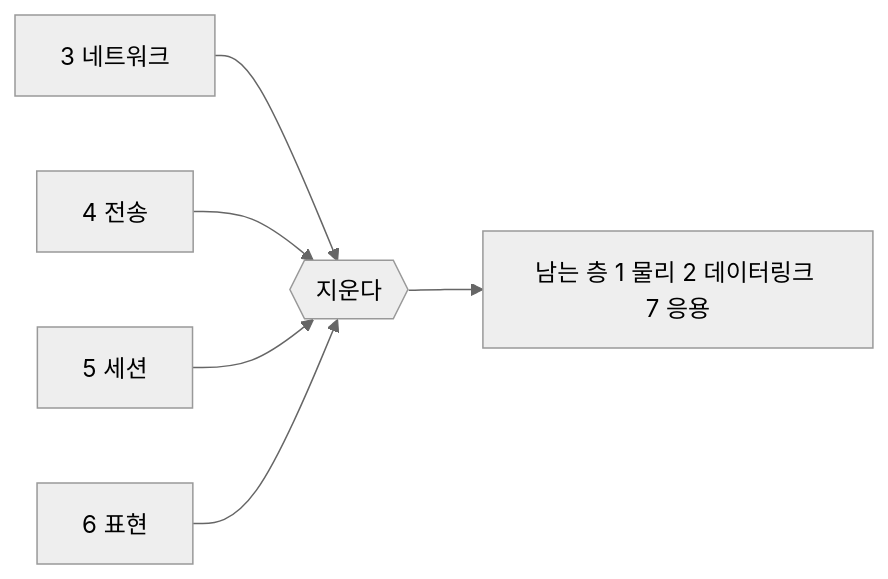
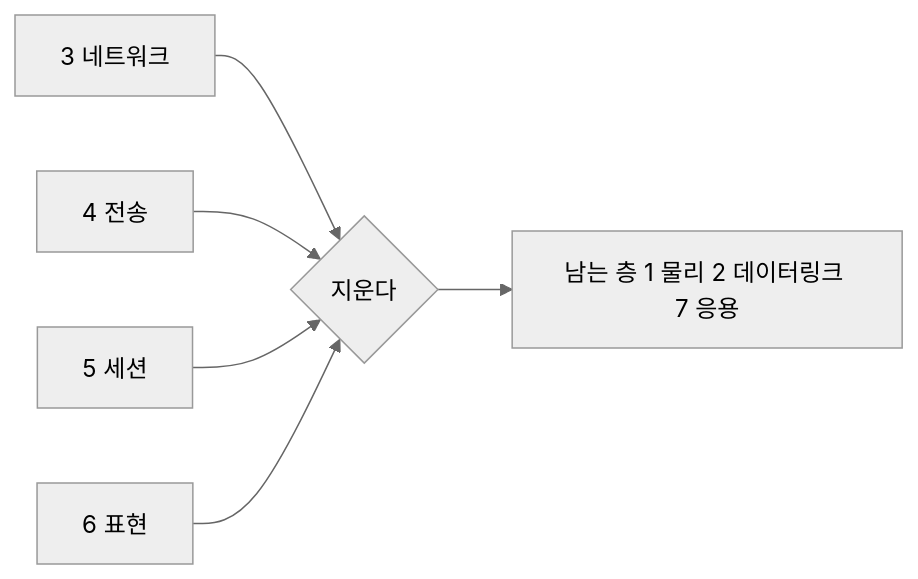
One commit to genie4youu/genie4youu.github.io changed the diagram in _posts/comm-basics/2026-08-06-02-basics-layers-osi-fieldbus.md. Above: the diagram before and after it, drawn with Mermaid (neutral theme). The commit also changed 3 other files, not shown here.

````diff
--- a/_posts/comm-basics/2026-08-06-02-basics-layers-osi-fieldbus.md
+++ b/_posts/comm-basics/2026-08-06-02-basics-layers-osi-fieldbus.md
@@ -55,8 +55,8 @@
 ```mermaid
 flowchart LR
-  N3[3 네트워크] --> D{{지운다}}
+  N3[3 네트워크] --> D{지운다}
   N4[4 전송] --> D
   N5[5 세션] --> D
   N6[6 표현] --> D
   D --> K[남는 층 1 물리 2 데이터링크 7 응용]
 ```
````
